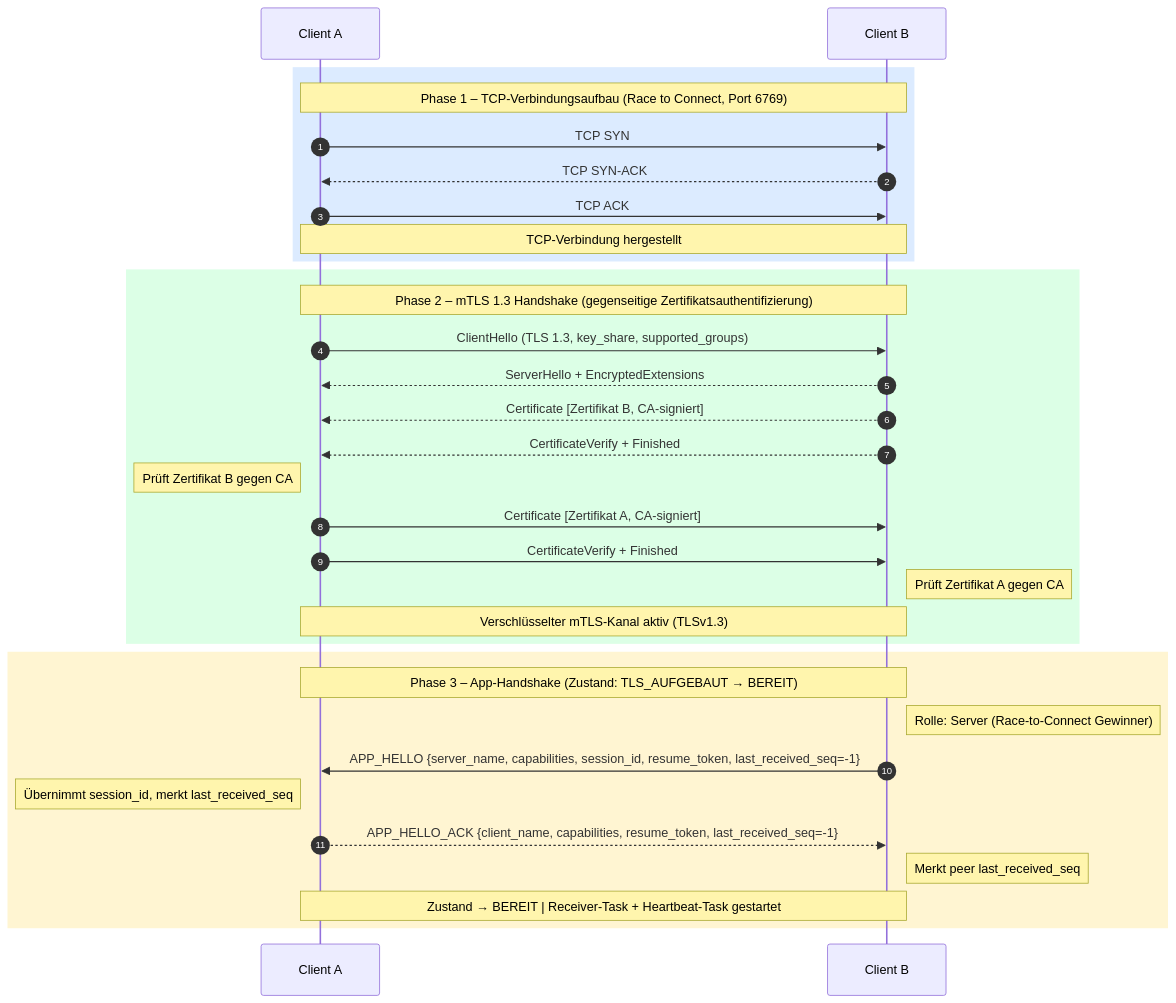
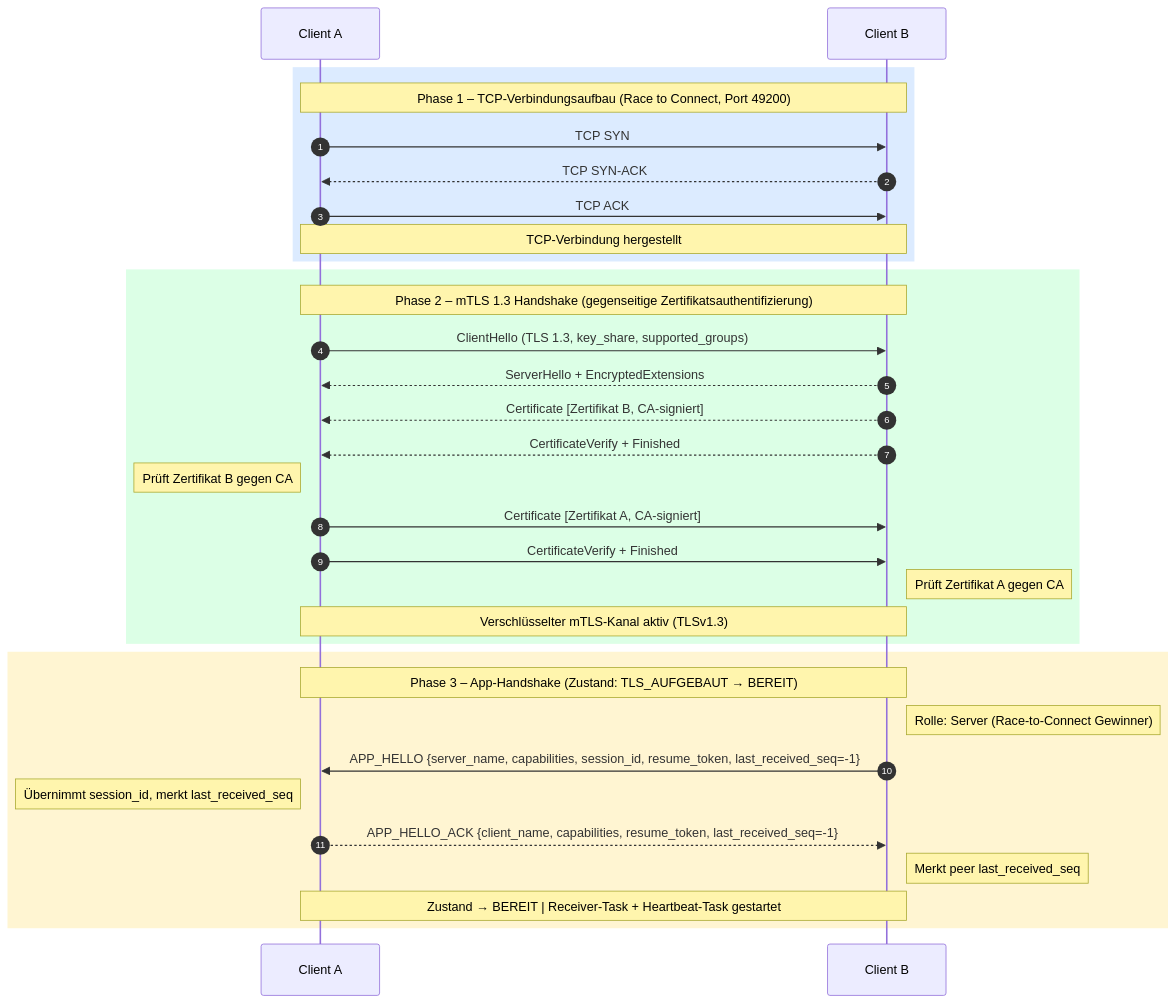
One commit to Marax1234/projekt changed the first of 3 diagrams in docs/SEQUENZDIAGRAMME.md. Above: the diagram before and after it, drawn with Mermaid. The commit also changed 9 other files, not shown here.

````diff
--- a/docs/SEQUENZDIAGRAMME.md
+++ b/docs/SEQUENZDIAGRAMME.md
@@ -14,37 +14,37 @@
 ```mermaid
 sequenceDiagram
     autonumber
     participant A as Client A
     participant B as Client B
 
     rect rgb(220, 235, 255)
-        Note over A,B: Phase 1 – TCP-Verbindungsaufbau (Race to Connect, Port 6769)
+        Note over A,B: Phase 1 – TCP-Verbindungsaufbau (Race to Connect, Port 49200)
         A->>B: TCP SYN
         B-->>A: TCP SYN-ACK
         A->>B: TCP ACK
         Note over A,B: TCP-Verbindung hergestellt
     end
 
     rect rgb(220, 255, 230)
         Note over A,B: Phase 2 – mTLS 1.3 Handshake (gegenseitige Zertifikatsauthentifizierung)
         A->>B: ClientHello (TLS 1.3, key_share, supported_groups)
         B-->>A: ServerHello + EncryptedExtensions
         B-->>A: Certificate [Zertifikat B, CA-signiert]
         B-->>A: CertificateVerify + Finished
         Note left of A: Prüft Zertifikat B gegen CA
         A->>B: Certificate [Zertifikat A, CA-signiert]
         A->>B: CertificateVerify + Finished
         Note right of B: Prüft Zertifikat A gegen CA
         Note over A,B: Verschlüsselter mTLS-Kanal aktiv (TLSv1.3)
     end
 
     rect rgb(255, 245, 210)
         Note over A,B: Phase 3 – App-Handshake (Zustand: TLS_AUFGEBAUT → BEREIT)
         Note right of B: Rolle: Server (Race-to-Connect Gewinner)
         B->>A: APP_HELLO {server_name, capabilities, session_id, resume_token, last_received_seq=-1}
         Note left of A: Übernimmt session_id, merkt last_received_seq
         A-->>B: APP_HELLO_ACK {client_name, capabilities, resume_token, last_received_seq=-1}
         Note right of B: Merkt peer last_received_seq
         Note over A,B: Zustand → BEREIT | Receiver-Task + Heartbeat-Task gestartet
     end
 ```
````
